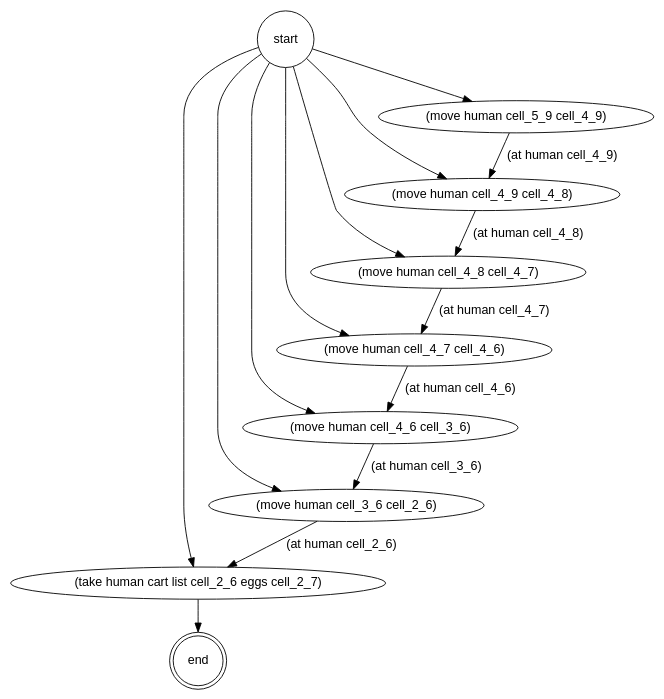
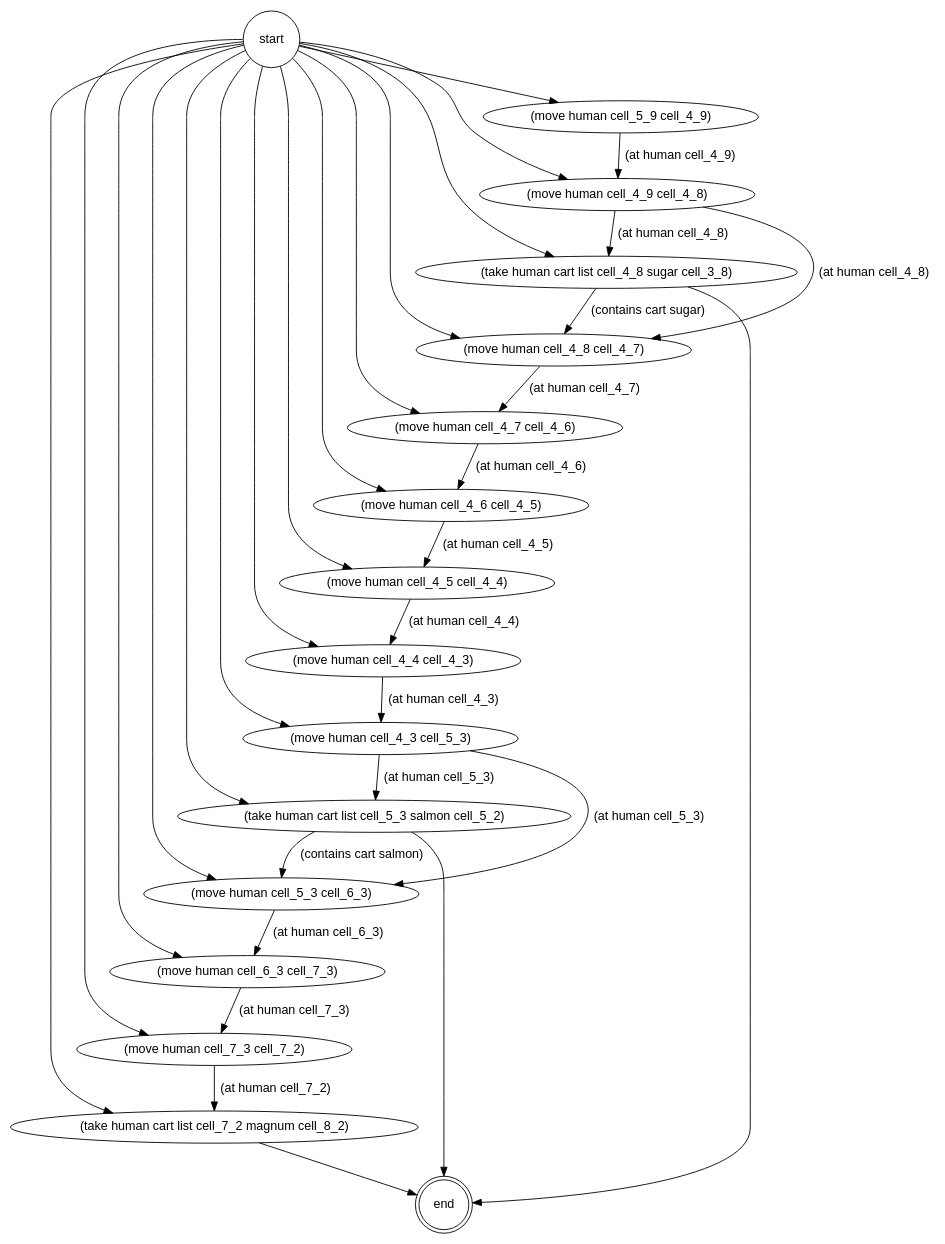
One commit to francescotss/PepperMart changed the diagram in playground/pddl/temp/supermarket_problem.gv. Above: the diagram before and after it, drawn with Graphviz. The commit also changed 44 other files, not shown here.

```diff
--- a/playground/pddl/temp/supermarket_problem.gv
+++ b/playground/pddl/temp/supermarket_problem.gv
@@ -1,28 +1,46 @@
 strict digraph "" {
 	graph [fontname=helvetica];
 	node [fontname=helvetica,
 		label="\N",
 		shape=ellipse
 	];
 	edge [fontname=helvetica];
 	"(end)"	 [label=end,
 		peripheries=2,
 		shape=circle];
-	"(take human cart list cell_2_6 eggs cell_2_7)" -> "(end)";
-	"(move human cell_3_6 cell_2_6)" -> "(take human cart list cell_2_6 eggs cell_2_7)"	 [label="(at human cell_2_6)"];
-	"(move human cell_4_6 cell_3_6)" -> "(move human cell_3_6 cell_2_6)"	 [label="(at human cell_3_6)"];
-	"(move human cell_4_7 cell_4_6)" -> "(move human cell_4_6 cell_3_6)"	 [label="(at human cell_4_6)"];
+	"(take human cart list cell_7_2 magnum cell_8_2)" -> "(end)";
+	"(move human cell_7_3 cell_7_2)" -> "(take human cart list cell_7_2 magnum cell_8_2)"	 [label="(at human cell_7_2)"];
+	"(move human cell_6_3 cell_7_3)" -> "(move human cell_7_3 cell_7_2)"	 [label="(at human cell_7_3)"];
+	"(move human cell_5_3 cell_6_3)" -> "(move human cell_6_3 cell_7_3)"	 [label="(at human cell_6_3)"];
+	"(take human cart list cell_5_3 salmon cell_5_2)" -> "(end)";
+	"(take human cart list cell_5_3 salmon cell_5_2)" -> "(move human cell_5_3 cell_6_3)"	 [label="(contains cart salmon)"];
+	"(move human cell_4_3 cell_5_3)" -> "(move human cell_5_3 cell_6_3)"	 [label="(at human cell_5_3)"];
+	"(move human cell_4_3 cell_5_3)" -> "(take human cart list cell_5_3 salmon cell_5_2)"	 [label="(at human cell_5_3)"];
+	"(move human cell_4_4 cell_4_3)" -> "(move human cell_4_3 cell_5_3)"	 [label="(at human cell_4_3)"];
+	"(move human cell_4_5 cell_4_4)" -> "(move human cell_4_4 cell_4_3)"	 [label="(at human cell_4_4)"];
+	"(move human cell_4_6 cell_4_5)" -> "(move human cell_4_5 cell_4_4)"	 [label="(at human cell_4_5)"];
+	"(move human cell_4_7 cell_4_6)" -> "(move human cell_4_6 cell_4_5)"	 [label="(at human cell_4_6)"];
 	"(move human cell_4_8 cell_4_7)" -> "(move human cell_4_7 cell_4_6)"	 [label="(at human cell_4_7)"];
+	"(take human cart list cell_4_8 sugar cell_3_8)" -> "(end)";
+	"(take human cart list cell_4_8 sugar cell_3_8)" -> "(move human cell_4_8 cell_4_7)"	 [label="(contains cart sugar)"];
 	"(move human cell_4_9 cell_4_8)" -> "(move human cell_4_8 cell_4_7)"	 [label="(at human cell_4_8)"];
+	"(move human cell_4_9 cell_4_8)" -> "(take human cart list cell_4_8 sugar cell_3_8)"	 [label="(at human cell_4_8)"];
 	"(move human cell_5_9 cell_4_9)" -> "(move human cell_4_9 cell_4_8)"	 [label="(at human cell_4_9)"];
 	"(start)"	 [label=start,
 		peripheries=1,
 		shape=circle];
-	"(start)" -> "(take human cart list cell_2_6 eggs cell_2_7)";
-	"(start)" -> "(move human cell_3_6 cell_2_6)";
-	"(start)" -> "(move human cell_4_6 cell_3_6)";
+	"(start)" -> "(take human cart list cell_7_2 magnum cell_8_2)";
+	"(start)" -> "(move human cell_7_3 cell_7_2)";
+	"(start)" -> "(move human cell_6_3 cell_7_3)";
+	"(start)" -> "(move human cell_5_3 cell_6_3)";
+	"(start)" -> "(take human cart list cell_5_3 salmon cell_5_2)";
+	"(start)" -> "(move human cell_4_3 cell_5_3)";
+	"(start)" -> "(move human cell_4_4 cell_4_3)";
+	"(start)" -> "(move human cell_4_5 cell_4_4)";
+	"(start)" -> "(move human cell_4_6 cell_4_5)";
 	"(start)" -> "(move human cell_4_7 cell_4_6)";
 	"(start)" -> "(move human cell_4_8 cell_4_7)";
+	"(start)" -> "(take human cart list cell_4_8 sugar cell_3_8)";
 	"(start)" -> "(move human cell_4_9 cell_4_8)";
 	"(start)" -> "(move human cell_5_9 cell_4_9)";
 }
```
